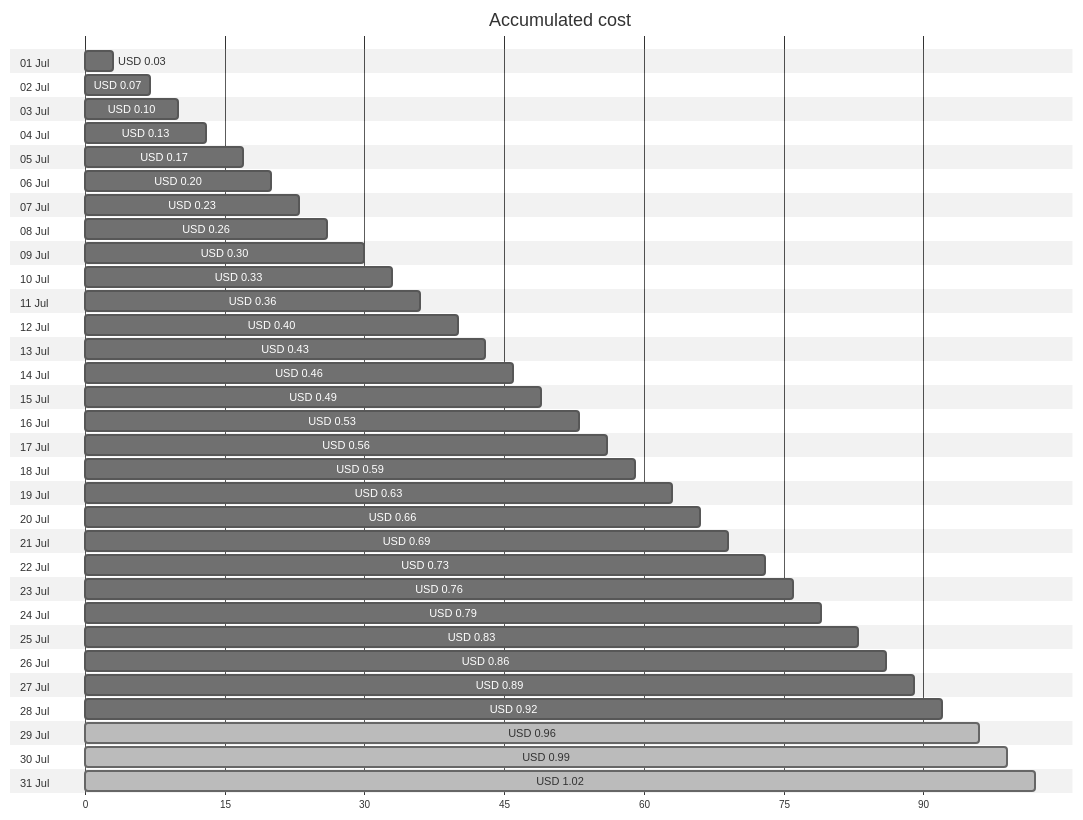
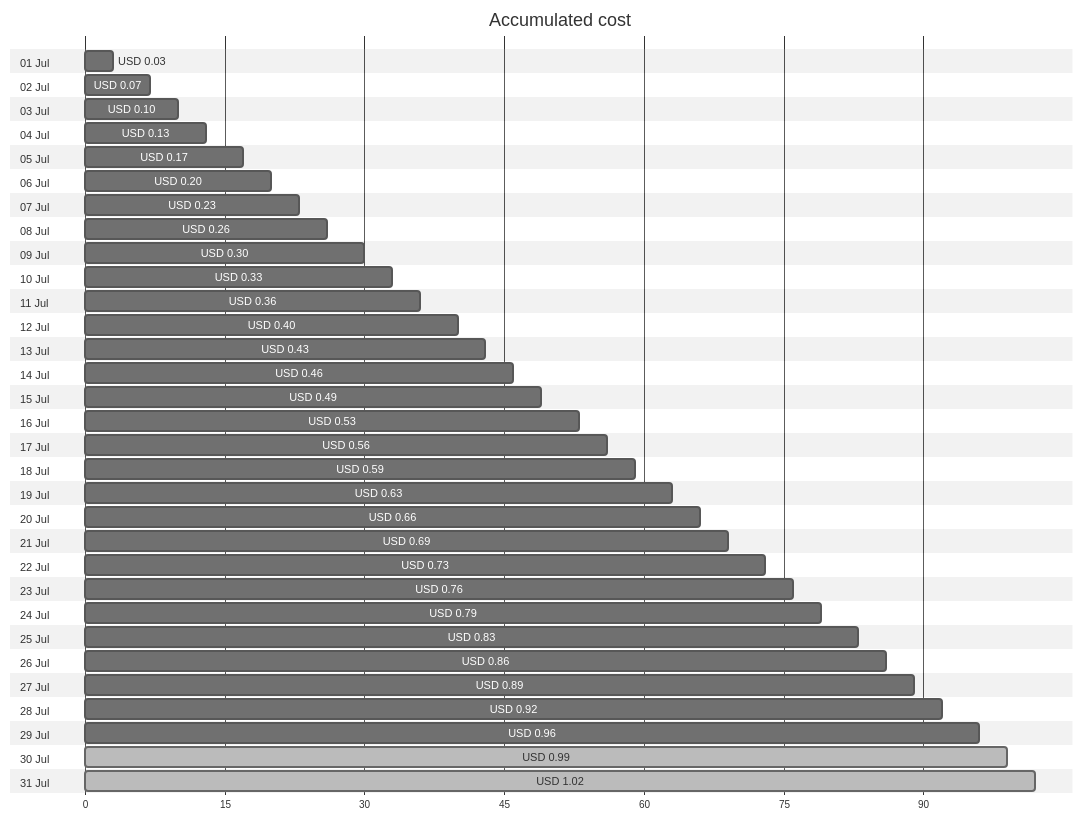
One commit to jpfulton/azure-personal-reports changed the first of 4 diagrams in cost-reports/personal-dns/README.md. Above: the diagram before and after it, drawn with Mermaid (neutral theme). The commit also changed other lines of this file and 2 other files, not shown here.

````diff
--- a/cost-reports/personal-dns/README.md
+++ b/cost-reports/personal-dns/README.md
@@ -20,68 +20,68 @@
 ```mermaid
 gantt
    title Accumulated cost
    dateFormat  X
    axisFormat %s
    section 01 Jul
    USD 0.03 :0, 3
    section 02 Jul
    USD 0.07 :0, 7
    section 03 Jul
    USD 0.10 :0, 10
    section 04 Jul
    USD 0.13 :0, 13
    section 05 Jul
    USD 0.17 :0, 17
    section 06 Jul
    USD 0.20 :0, 20
    section 07 Jul
    USD 0.23 :0, 23
    section 08 Jul
    USD 0.26 :0, 26
    section 09 Jul
    USD 0.30 :0, 30
    section 10 Jul
    USD 0.33 :0, 33
    section 11 Jul
    USD 0.36 :0, 36
    section 12 Jul
    USD 0.40 :0, 40
    section 13 Jul
    USD 0.43 :0, 43
    section 14 Jul
    USD 0.46 :0, 46
    section 15 Jul
    USD 0.49 :0, 49
    section 16 Jul
    USD 0.53 :0, 53
    section 17 Jul
    USD 0.56 :0, 56
    section 18 Jul
    USD 0.59 :0, 59
    section 19 Jul
    USD 0.63 :0, 63
    section 20 Jul
    USD 0.66 :0, 66
    section 21 Jul
    USD 0.69 :0, 69
    section 22 Jul
    USD 0.73 :0, 73
    section 23 Jul
    USD 0.76 :0, 76
    section 24 Jul
    USD 0.79 :0, 79
    section 25 Jul
    USD 0.83 :0, 83
    section 26 Jul
    USD 0.86 :0, 86
    section 27 Jul
    USD 0.89 :0, 89
    section 28 Jul
    USD 0.92 :0, 92
    section 29 Jul
-   USD 0.96 : done, 0, 96
+   USD 0.96 :0, 96
    section 30 Jul
    USD 0.99 : done, 0, 99
    section 31 Jul
    USD 1.02 : done, 0, 102
 ```
````
